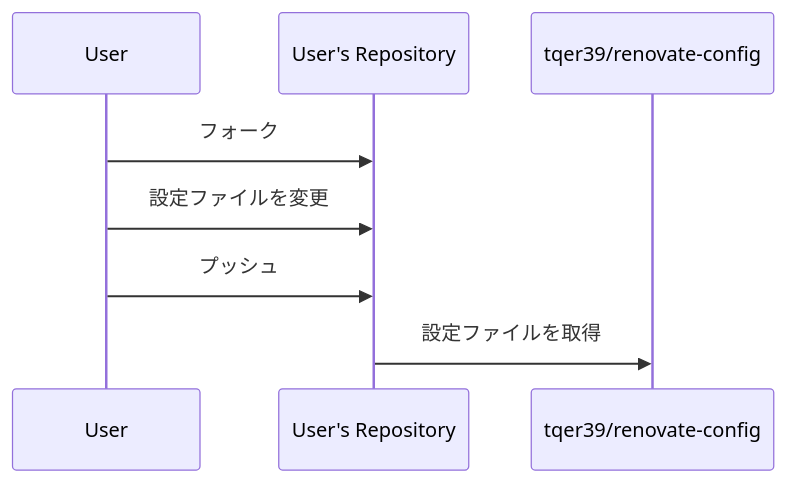
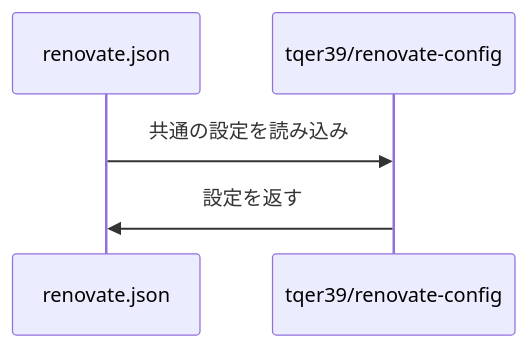
One commit to tqer39/renovate-config changed the diagram in docs/README.ja.md. Above: the diagram before and after it, drawn with Mermaid.

Commit message:
📚 README.ja.mdのシーケンス図を更新し、Renovate設定の流れを明確化

````diff
--- a/docs/README.ja.md
+++ b/docs/README.ja.md
@@ -13,11 +13,5 @@
 ```mermaid
 sequenceDiagram
-    participant User
-    participant UserRepo as User's Repository
-    participant RenovateConfig as tqer39/renovate-config
-
-    User->>UserRepo: フォーク
-    User->>UserRepo: 設定ファイルを変更
-    User->>UserRepo: プッシュ
-    UserRepo->>RenovateConfig: 設定ファイルを取得
+    renovate.json->>tqer39/renovate-config: 共通の設定を読み込み
+    tqer39/renovate-config->>renovate.json: 設定を返す
 ```
````
